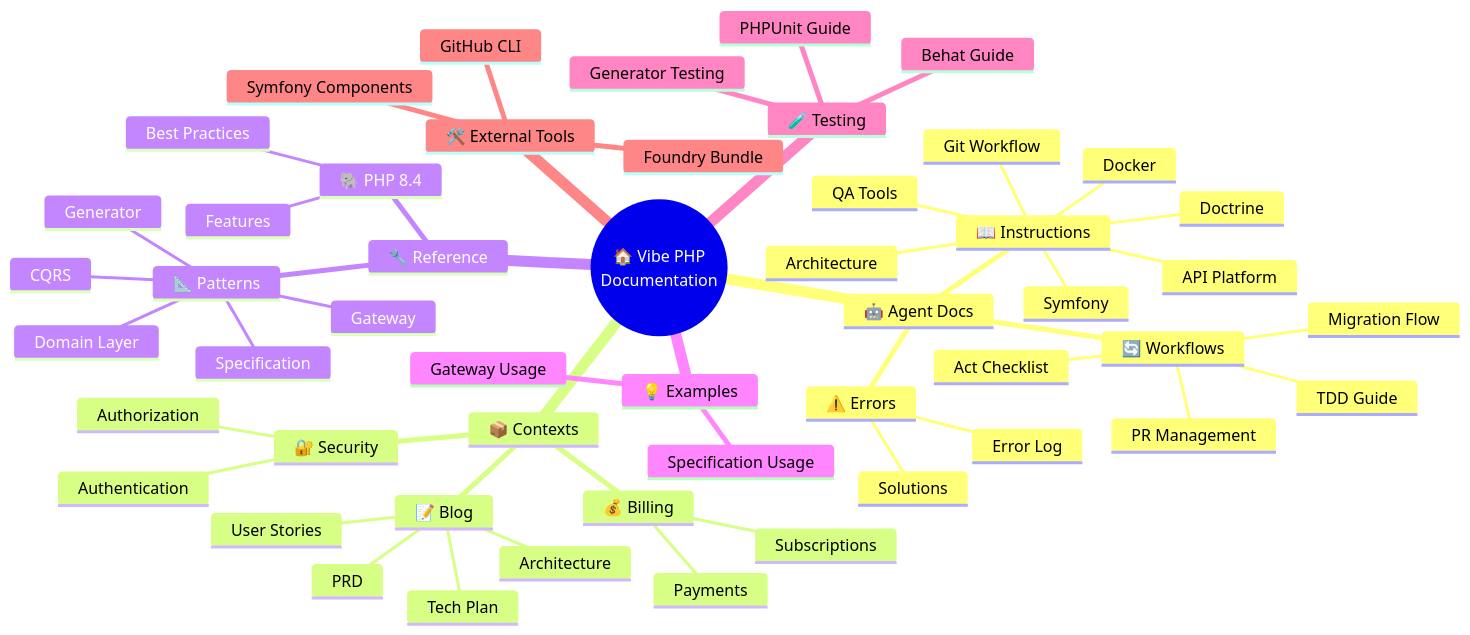
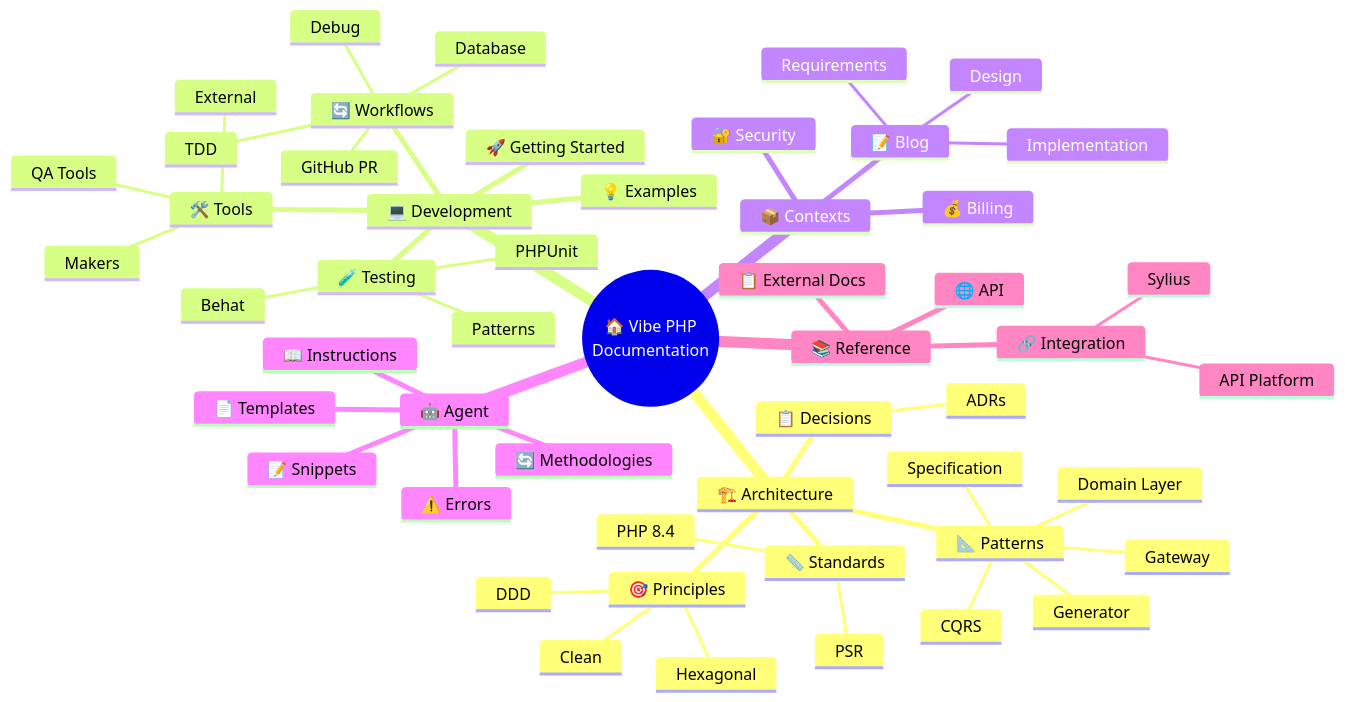
One commit to pocky/vibe-php changed the diagram in docs/agent/instructions/documentation-navigation.md. Above: the diagram before and after it, drawn with Mermaid. The commit also changed other lines of this file and 593 other files, not shown here.

First line of the commit message:
refactor: enforce hexagonal architecture in gateway layer

````diff
--- a/docs/agent/instructions/documentation-navigation.md
+++ b/docs/agent/instructions/documentation-navigation.md
@@ -9,54 +9,55 @@
 ```mermaid
 mindmap
   root((🏠 Vibe PHP<br/>Documentation))
-    🤖 Agent Docs
-      📖 Instructions
-        Architecture
-        Git Workflow
-        QA Tools
-        Docker
-        Symfony
-        API Platform
-        Doctrine
-      🔄 Workflows
-        TDD Guide
-        PR Management
-        Migration Flow
-        Act Checklist
-      ⚠️ Errors
-        Error Log
-        Solutions
-    📦 Contexts
-      📝 Blog
-        PRD
-        User Stories
-        Architecture
-        Tech Plan
-      🔐 Security
-        Authentication
-        Authorization
-      💰 Billing
-        Payments
-        Subscriptions
-    🔧 Reference
+    🏗️ Architecture
       📐 Patterns
         CQRS
         Gateway
         Domain Layer
         Generator
         Specification
-      🐘 PHP 8.4
-        Features
-        Best Practices
-    💡 Examples
-      Gateway Usage
-      Specification Usage
-    🧪 Testing
-      PHPUnit Guide
-      Behat Guide
-      Generator Testing
-    🛠️ External Tools
-      Symfony Components
-      Foundry Bundle
-      GitHub CLI
+      🎯 Principles
+        DDD
+        Hexagonal
+        Clean
+      📏 Standards
+        PSR
+        PHP 8.4
+      📋 Decisions
+        ADRs
+    💻 Development
+      🚀 Getting Started
+      🔄 Workflows
+        TDD
+        Database
+        GitHub PR
+        Debug
+      🧪 Testing
+        PHPUnit
+        Behat
+        Patterns
+      🛠️ Tools
+        Makers
+        External
+        QA Tools
+      💡 Examples
+    📦 Contexts
+      📝 Blog
+        Requirements
+        Design
+        Implementation
+      🔐 Security
+      💰 Billing
+    🤖 Agent
+      📖 Instructions
+      🔄 Methodologies
+      📄 Templates
+      📝 Snippets
+      ⚠️ Errors
+    📚 Reference
+      🌐 API
+      🔗 Integration
+        Sylius
+        API Platform
+      📋 External Docs
 ```
````
